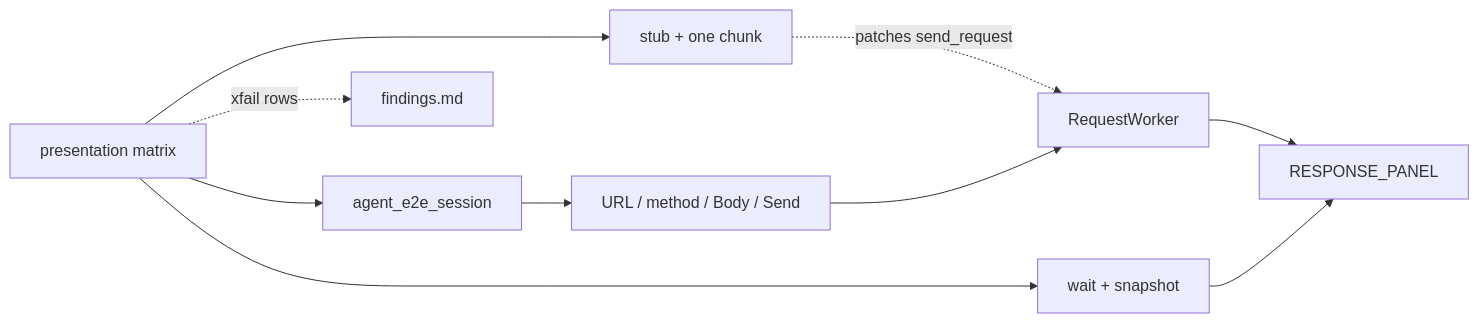
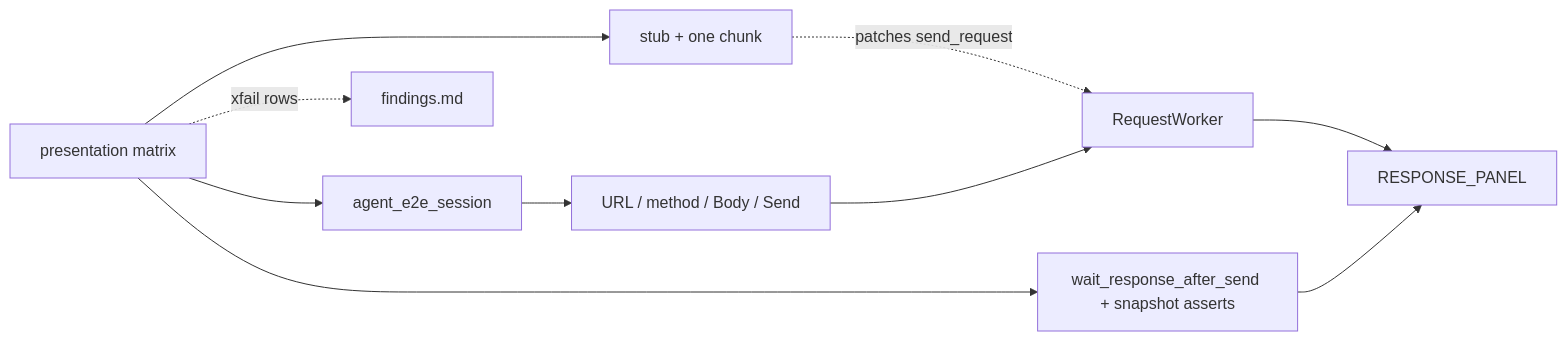
One commit to koctep/pypost changed the diagram in doc/dev/agent_e2e_presentation_matrix.md. Above: the diagram before and after it, drawn with Mermaid. The commit also changed other lines of this file and 21 other files, not shown here.

````diff
--- a/doc/dev/agent_e2e_presentation_matrix.md
+++ b/doc/dev/agent_e2e_presentation_matrix.md
@@ -42,11 +42,11 @@
 ```mermaid
 flowchart LR
   Matrix[presentation matrix] --> Sess[agent_e2e_session]
   Matrix --> Stub[stub + one chunk]
   Sess --> UI[URL / method / Body / Send]
   Stub -.->|patches send_request| Worker[RequestWorker]
   UI --> Worker --> Panel[RESPONSE_PANEL]
-  Matrix --> Snap[wait + snapshot]
+  Matrix --> Snap[wait_response_after_send + snapshot asserts]
   Snap --> Panel
   Matrix -.->|xfail rows| Findings[findings.md]
 ```
````
